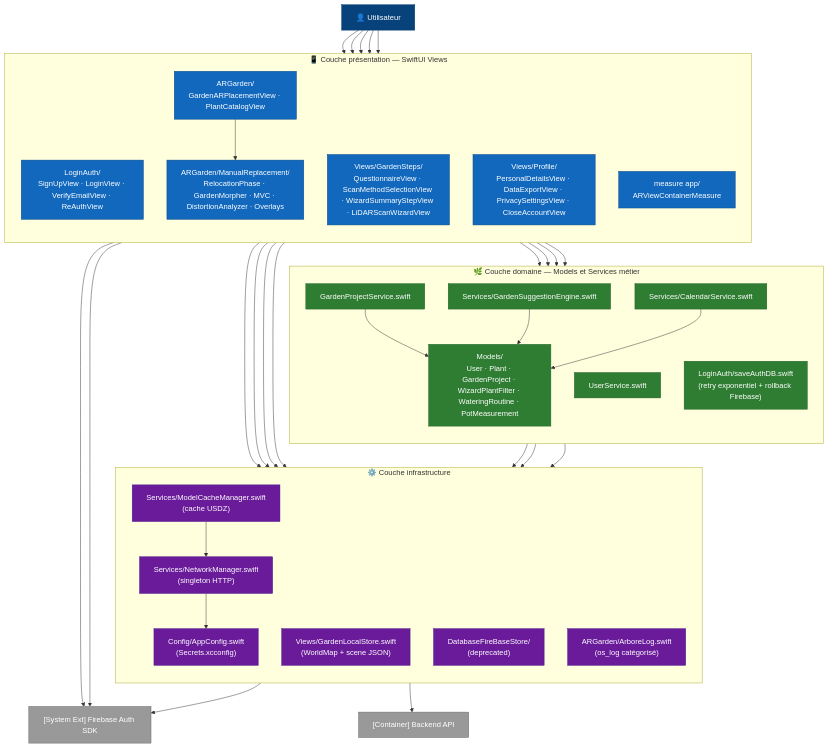
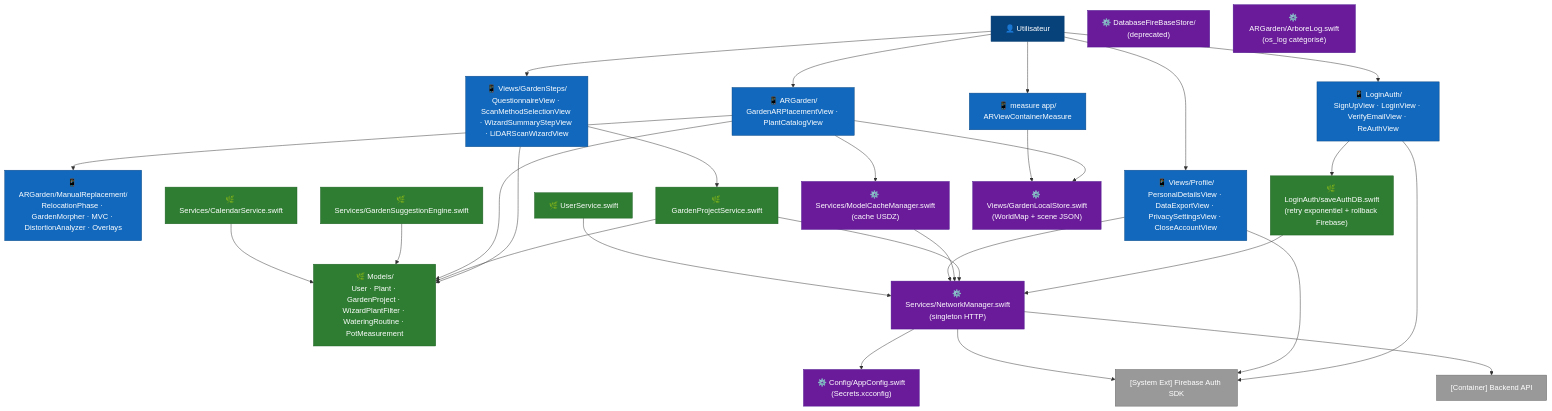
Before and after one commit to ArboreTeam/Arbore: the diagram in docs/architecture/03-components-ios.md, drawn with Mermaid. The commit also changed other lines of this file, not shown here.

Commit message:
docs(ios): switch to flat color-coded layout (no subgraph wrappers)
GitHub natif ne supporte pas le renderer ELK (cf. community/138426 et
contrainte de licence EUPL). Dagre est donc le seul renderer disponible
et il assigne les rangs des nœuds selon les vrais edges, pas selon nos
subgraphs : plusieurs edges ui→infra qui sautent la couche domaine
(GardenARPlacementView qui écrit directement dans GardenLocalStore, par
exemple) interleavent les rangs et empêchent un stack vertical strict
des trois couches.

Bascule en color-coding : suppression des subgraph wrappers, tous les
modules au top level, classDef colorées pour identifier la couche
(bleu présentation, vert domaine, violet infra, gris externe). Les
labels portent toujours la sémantique de la couche via un emoji et le
chemin du fichier.

Cette représentation est utilisée par Shopify Polaris, Material Design
3 et IBM Carbon dans le même cas de figure (couches non strictement
disjointes). Elle reste conforme à la sémantique C4 — la couche est
portée par le label et la couleur, pas par un rectangle imbriqué.

```diff
--- a/docs/architecture/03-components-ios.md
+++ b/docs/architecture/03-components-ios.md
@@ -12,56 +22,30 @@
 flowchart TB
     user["👤 Utilisateur"]
 
-    subgraph ui_layer["📱 Couche présentation — SwiftUI Views"]
-        direction TB
-        login["LoginAuth/<br/>SignUpView · LoginView · VerifyEmailView · ReAuthView"]
-        wizard["Views/GardenSteps/<br/>QuestionnaireView · ScanMethodSelectionView · WizardSummaryStepView · LiDARScanWizardView"]
-        ar_view["ARGarden/<br/>GardenARPlacementView · PlantCatalogView"]
-        manual_rep["ARGarden/ManualReplacement/<br/>RelocationPhase · GardenMorpher · MVC · DistortionAnalyzer · Overlays"]
-        profile["Views/Profile/<br/>PersonalDetailsView · DataExportView · PrivacySettingsView · CloseAccountView"]
-        measure["measure app/<br/>ARViewContainerMeasure"]
-    end
+    login["📱 LoginAuth/<br/>SignUpView · LoginView · VerifyEmailView · ReAuthView"]
+    wizard["📱 Views/GardenSteps/<br/>QuestionnaireView · ScanMethodSelectionView · WizardSummaryStepView · LiDARScanWizardView"]
+    ar_view["📱 ARGarden/<br/>GardenARPlacementView · PlantCatalogView"]
+    manual_rep["📱 ARGarden/ManualReplacement/<br/>RelocationPhase · GardenMorpher · MVC · DistortionAnalyzer · Overlays"]
+    profile["📱 Views/Profile/<br/>PersonalDetailsView · DataExportView · PrivacySettingsView · CloseAccountView"]
+    measure["📱 measure app/<br/>ARViewContainerMeasure"]
 
-    subgraph domain_layer["🌿 Couche domaine — Models et Services métier"]
-        direction TB
-        models["Models/<br/>User · Plant · GardenProject · WizardPlantFilter · WateringRoutine · PotMeasurement"]
-        user_svc["UserService.swift"]
-        garden_svc["GardenProjectService.swift"]
-        suggest["Services/GardenSuggestionEngine.swift"]
-        calendar["Services/CalendarService.swift"]
-        save_auth["LoginAuth/saveAuthDB.swift<br/>(retry exponentiel + rollback Firebase)"]
-    end
+    models["🌿 Models/<br/>User · Plant · GardenProject · WizardPlantFilter · WateringRoutine · PotMeasurement"]
+    user_svc["🌿 UserService.swift"]
+    garden_svc["🌿 GardenProjectService.swift"]
+    suggest["🌿 Services/GardenSuggestionEngine.swift"]
+    calendar["🌿 Services/CalendarService.swift"]
+    save_auth["🌿 LoginAuth/saveAuthDB.swift<br/>(retry exponentiel + rollback Firebase)"]
 
-    subgraph infra_layer["⚙️ Couche infrastructure"]
-        direction TB
-        network["Services/NetworkManager.swift<br/>(singleton HTTP)"]
-        model_cache["Services/ModelCacheManager.swift<br/>(cache USDZ)"]
-        local_store["Views/GardenLocalStore.swift<br/>(WorldMap + scene JSON)"]
-        firestore["DatabaseFireBaseStore/<br/>(deprecated)"]
-        config["Config/AppConfig.swift<br/>(Secrets.xcconfig)"]
-        logger["ARGarden/ArboreLog.swift<br/>(os_log catégorisé)"]
-    end
+    network["⚙️ Services/NetworkManager.swift<br/>(singleton HTTP)"]
+    model_cache["⚙️ Services/ModelCacheManager.swift<br/>(cache USDZ)"]
+    local_store["⚙️ Views/GardenLocalStore.swift<br/>(WorldMap + scene JSON)"]
+    firestore["⚙️ DatabaseFireBaseStore/<br/>(deprecated)"]
+    config["⚙️ Config/AppConfig.swift<br/>(Secrets.xcconfig)"]
+    logger["⚙️ ARGarden/ArboreLog.swift<br/>(os_log catégorisé)"]
 
     fb_auth_ext["[System Ext] Firebase Auth SDK"]
     backend_ext["[Container] Backend API"]
 
-    %% Edges invisibles pour forcer le stack vertical des subgraphs.
-    %% Mermaid ignore "direction TB" dans un subgraph si ses noeuds ont
-    %% des liens vers l'extérieur (mermaid-js/mermaid#6438). Le fix
-    %% officiel est d'ajouter des liens invisibles entre subgraphs.
-    %% Plusieurs liens node-à-node sont nécessaires pour contrebalancer
-    %% les edges réels ui→infra qui sautent la couche domaine et tendent
-    %% à rapprocher ui et infra dans le layout Dagre.
-    user ~~~ ui_layer
-    ui_layer ~~~ domain_layer
-    domain_layer ~~~ infra_layer
-    infra_layer ~~~ backend_ext
-    measure ~~~ user_svc
-    measure ~~~ suggest
-    measure ~~~ calendar
-    manual_rep ~~~ save_auth
-
-    %% Edges réelles
     user --> login
     user --> wizard
     user --> ar_view
```
